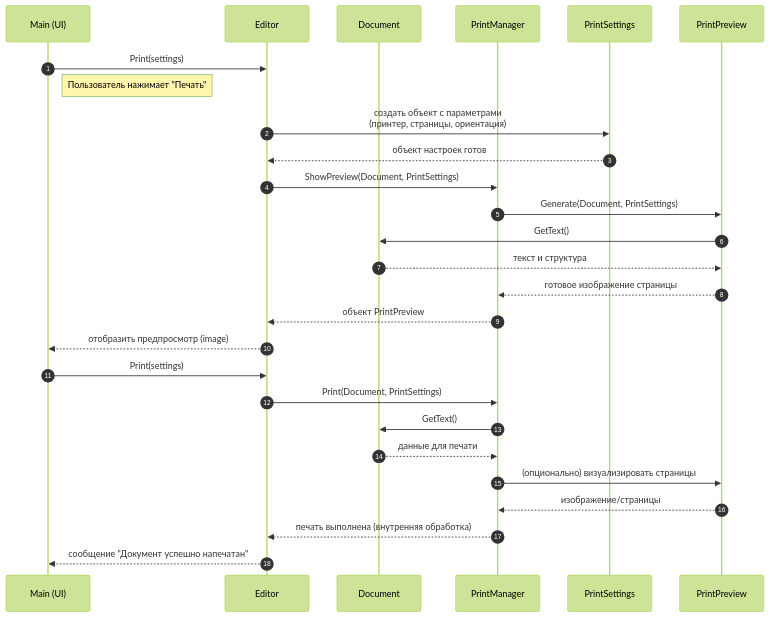
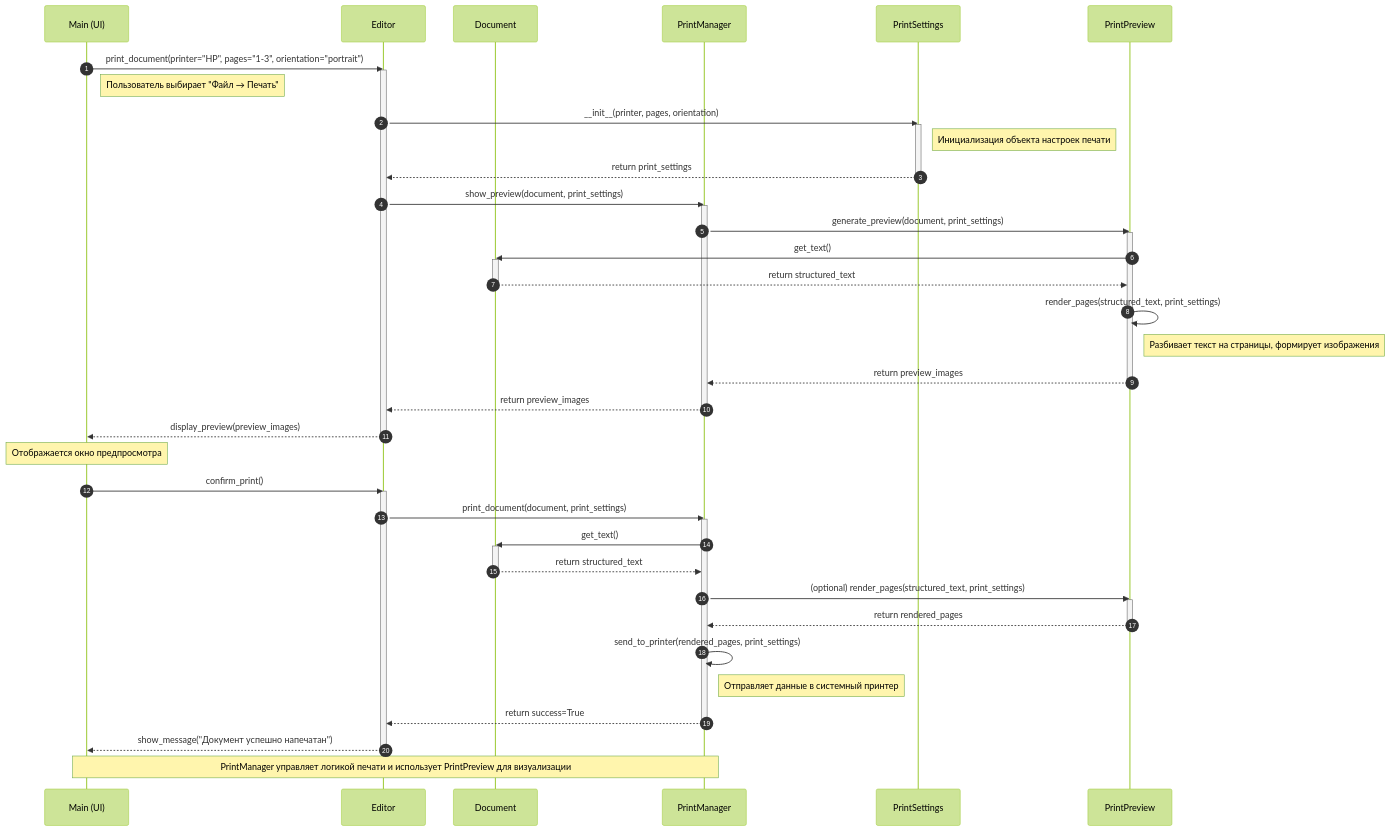
One commit to penamarth/bsbo-03-23_team6_var11_textedit changed the diagram in Документация/Сценарии использования/03-Печать документа/Диаграмма последовательности Печать.md. Above: the diagram before and after it, drawn with Mermaid (forest theme).

Commit message:
Update Диаграмма последовательности Печать.md

````diff
--- a/Документация/Сценарии использования/03-Печать документа/Диаграмма последовательности Печать.md
+++ b/Документация/Сценарии использования/03-Печать документа/Диаграмма последовательности Печать.md
@@ -2,39 +2,69 @@
 ```mermaid
 sequenceDiagram
     autonumber
     participant Main as Main (UI)
     participant Editor as Editor
     participant Document as Document
     participant PrintManager as PrintManager
     participant PrintSettings as PrintSettings
     participant PrintPreview as PrintPreview
 
-   
-    Main->>Editor: Print(settings)
-    Note right of Main: Пользователь нажимает "Печать"
+    %% === НАЖАТИЕ НА "ПЕЧАТЬ" ===
+    Main->>Editor: print_document(printer="HP", pages="1-3", orientation="portrait")
+    activate Editor
+    Note right of Main: Пользователь выбирает "Файл → Печать"
 
-    Editor->>PrintSettings: создать объект с параметрами<br/>(принтер, страницы, ориентация)
-    PrintSettings-->>Editor: объект настроек готов
+    %% === СОЗДАНИЕ НАСТРОЕК ПЕЧАТИ ===
+    Editor->>PrintSettings: __init__(printer, pages, orientation)
+    activate PrintSettings
+    Note right of PrintSettings: Инициализация объекта настроек печати
+    PrintSettings-->>Editor: return print_settings
+    deactivate PrintSettings
 
-   
-    Editor->>PrintManager: ShowPreview(Document, PrintSettings)
-    PrintManager->>PrintPreview: Generate(Document, PrintSettings)
-    PrintPreview->>Document: GetText()
-    Document-->>PrintPreview: текст и структура
-    PrintPreview-->>PrintManager: готовое изображение страницы
-    PrintManager-->>Editor: объект PrintPreview
-    Editor-->>Main: отобразить предпросмотр (image)
+    %% === ПРЕДПРОСМОТР ПЕЧАТИ ===
+    Editor->>PrintManager: show_preview(document, print_settings)
+    activate PrintManager
+    PrintManager->>PrintPreview: generate_preview(document, print_settings)
+    activate PrintPreview
+    PrintPreview->>Document: get_text()
+    activate Document
+    Document-->>PrintPreview: return structured_text
+    deactivate Document
+    PrintPreview->>PrintPreview: render_pages(structured_text, print_settings)
+    Note right of PrintPreview: Разбивает текст на страницы, формирует изображения
+    PrintPreview-->>PrintManager: return preview_images
+    deactivate PrintPreview
+    PrintManager-->>Editor: return preview_images
+    deactivate PrintManager
+    Editor-->>Main: display_preview(preview_images)
+    deactivate Editor
+    Note over Main: Отображается окно предпросмотра
 
-   
-    Main->>Editor: Print(settings)
-    Editor->>PrintManager: Print(Document, PrintSettings)
-    PrintManager->>Document: GetText()
-    Document-->>PrintManager: данные для печати
-    PrintManager->>PrintPreview: (опционально) визуализировать страницы
-    PrintPreview-->>PrintManager: изображение/страницы
-    PrintManager-->>Editor: печать выполнена (внутренняя обработка)
-    Editor-->>Main: сообщение "Документ успешно напечатан"
+    %% === ПОДТВЕРЖДЕНИЕ ПЕЧАТИ ===
+    Main->>Editor: confirm_print()
+    activate Editor
+    Editor->>PrintManager: print_document(document, print_settings)
+    activate PrintManager
+    PrintManager->>Document: get_text()
+    activate Document
+    Document-->>PrintManager: return structured_text
+    deactivate Document
+    PrintManager->>PrintPreview: (optional) render_pages(structured_text, print_settings)
+    activate PrintPreview
+    PrintPreview-->>PrintManager: return rendered_pages
+    deactivate PrintPreview
+
+    %% === ПЕЧАТЬ ===
+    PrintManager->>PrintManager: send_to_printer(rendered_pages, print_settings)
+    Note right of PrintManager: Отправляет данные в системный принтер
+    PrintManager-->>Editor: return success=True
+    deactivate PrintManager
+    Editor-->>Main: show_message("Документ успешно напечатан")
+    deactivate Editor
+
+    Note over Main,PrintManager: PrintManager управляет логикой печати и использует PrintPreview для визуализации
+
 
 
 
 ```
````
